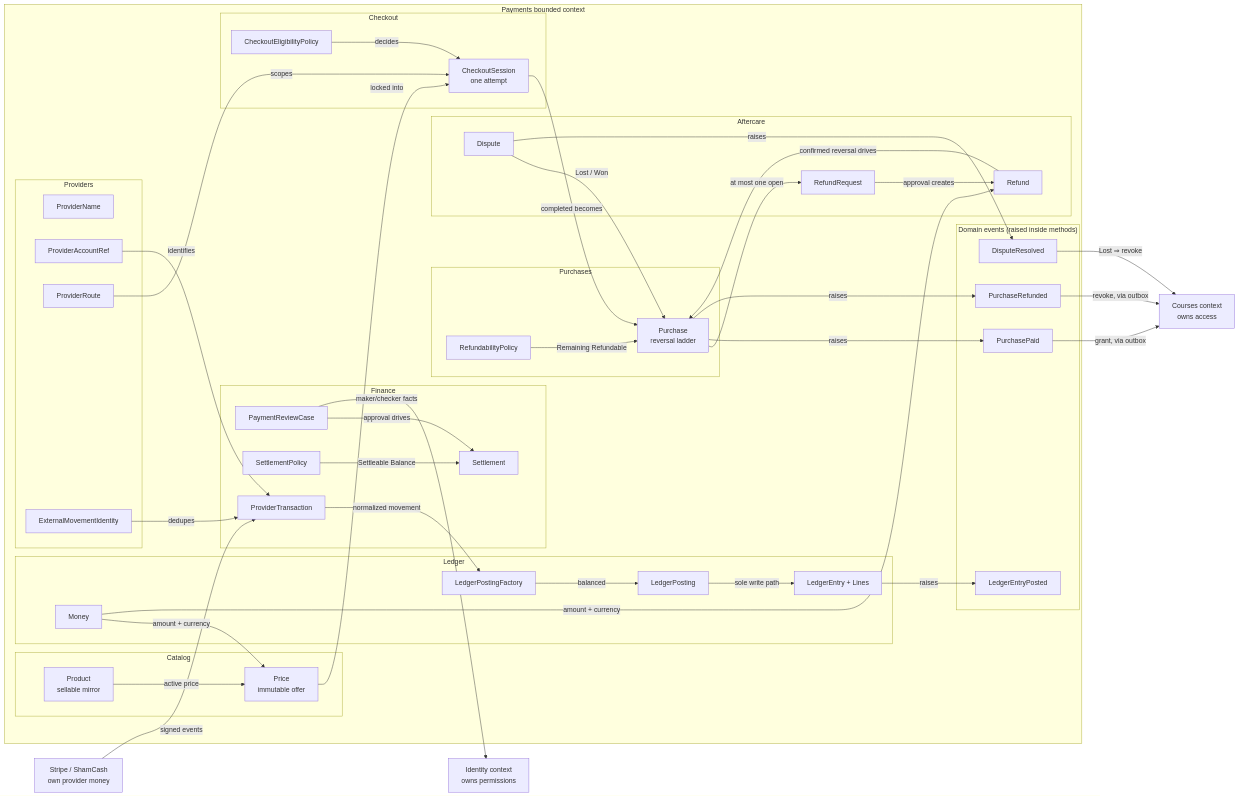
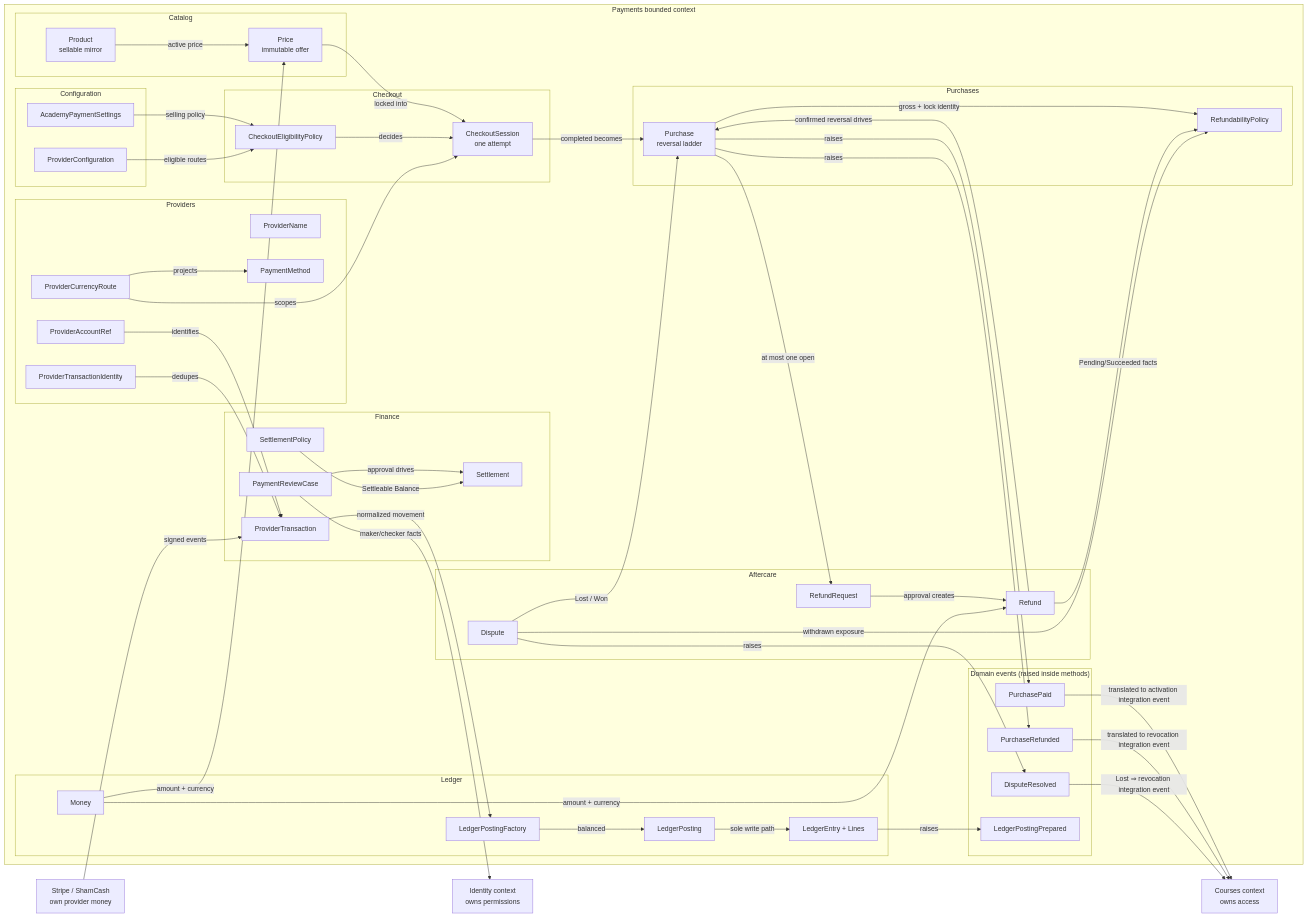
Before and after one commit to Azero77/alpha-zero: the diagram in plans/payments/ConceptualModel.md, drawn with Mermaid. The commit also changed other lines of this file, not shown here.

````diff
--- a/plans/payments/ConceptualModel.md
+++ b/plans/payments/ConceptualModel.md
@@ -55,6 +41,10 @@
     subgraph Cat["Catalog"]
       Product["Product<br/>sellable mirror"]
       Price["Price<br/>immutable offer"]
+    end
+    subgraph Cfg["Configuration"]
+      AcademySettings["AcademyPaymentSettings"]
+      ProviderConfig["ProviderConfiguration"]
     end
     subgraph Chk["Checkout"]
       Session["CheckoutSession<br/>one attempt"]
@@ -84,32 +74,38 @@
     subgraph Prv["Providers"]
       PName["ProviderName"]
       PRef["ProviderAccountRef"]
-      Route["ProviderRoute"]
-      EMI["ExternalMovementIdentity"]
+      Route["ProviderCurrencyRoute"]
+      Method["PaymentMethod"]
+      EMI["ProviderTransactionIdentity"]
     end
     subgraph Evt["Domain events (raised inside methods)"]
       EPaid["PurchasePaid"]
       ERef["PurchaseRefunded"]
       EDisp["DisputeResolved"]
-      EPost["LedgerEntryPosted"]
+      EPost["LedgerPostingPrepared"]
     end
   end
 
   Product -->|"active price"| Price
   Price -->|"locked into"| Session
   Elig -->|"decides"| Session
+  AcademySettings -->|"selling policy"| Elig
+  ProviderConfig -->|"eligible routes"| Elig
   Session -->|"completed becomes"| Purchase
   Purchase -->|"at most one open"| Request
   Request -->|"approval creates"| Refund
   Refund -->|"confirmed reversal drives"| Purchase
   Dispute -->|"Lost / Won"| Purchase
-  RefPol -->|"Remaining Refundable"| Purchase
+  Purchase -->|"gross + lock identity"| RefPol
+  Refund -->|"Pending/Succeeded facts"| RefPol
+  Dispute -->|"withdrawn exposure"| RefPol
   Review -->|"approval drives"| Settlement
   SetPol -->|"Settleable Balance"| Settlement
   PTrans -->|"normalized movement"| Factory
   Factory -->|"balanced"| Posting
   Posting -->|"sole write path"| Entry
   Route -->|"scopes"| Session
+  Route -->|"projects"| Method
   PRef -->|"identifies"| PTrans
   EMI -->|"dedupes"| PTrans
   Money -->|"amount + currency"| Price
@@ -122,9 +118,9 @@
   Courses["Courses context<br/>owns access"]
   Identity["Identity context<br/>owns permissions"]
   Stripe["Stripe / ShamCash<br/>own provider money"]
-  EPaid -->|"grant, via outbox"| Courses
-  ERef -->|"revoke, via outbox"| Courses
-  EDisp -->|"Lost ⇒ revoke"| Courses
+  EPaid -->|"translated to activation integration event"| Courses
+  ERef -->|"translated to revocation integration event"| Courses
+  EDisp -->|"Lost ⇒ revocation integration event"| Courses
   Review -->|"maker/checker facts"| Identity
   Stripe -->|"signed events"| PTrans
 ```
````
